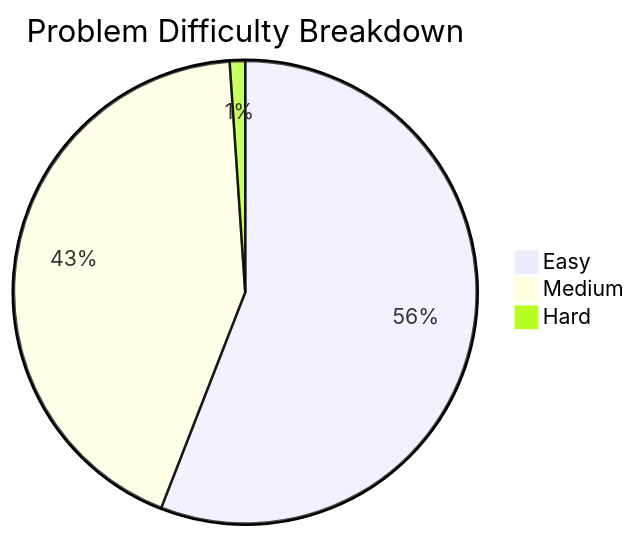
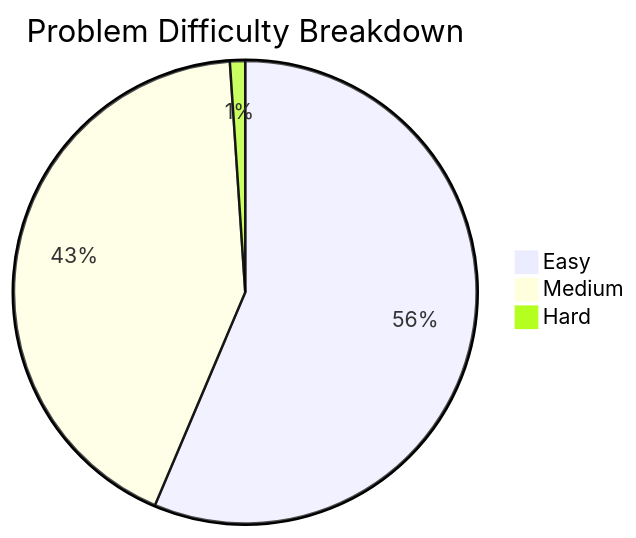
Before and after one commit to vivekkushwahaofficial/leetcode-solutions: the diagram in stats/progress.md, drawn with Mermaid. The commit also changed other lines of this file and 7 other files, not shown here.

````diff
--- a/stats/progress.md
+++ b/stats/progress.md
@@ -18,6 +18,6 @@
 ```mermaid
 pie title Problem Difficulty Breakdown
-    "Easy" : 52
+    "Easy" : 53
     "Medium" : 40
     "Hard" : 1
 ```
````
